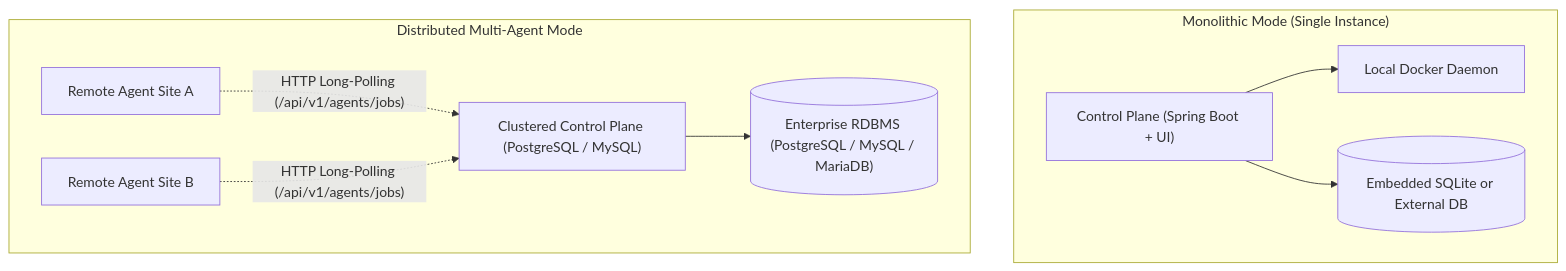
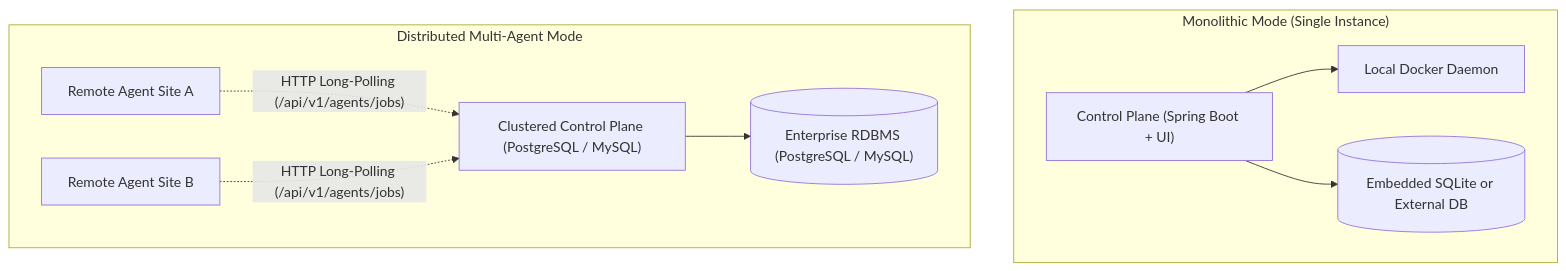
One commit to asmolabs/vectispire changed the diagram in docs/architecture/bflorat/en/04_infrastructure_view.md. Above: the diagram before and after it, drawn with Mermaid. The commit also changed other lines of this file and 59 other files, not shown here.

````diff
--- a/docs/architecture/bflorat/en/04_infrastructure_view.md
+++ b/docs/architecture/bflorat/en/04_infrastructure_view.md
@@ -13,21 +13,21 @@
 ```mermaid
 flowchart TB
     subgraph Mono["Monolithic Mode (Single Instance)"]
         Ctrl1["Control Plane (Spring Boot + UI)"]
         Docker1["Local Docker Daemon"]
         DB1[("Embedded SQLite or External DB")]
         Ctrl1 --> Docker1
         Ctrl1 --> DB1
     end
 
     subgraph Dist["Distributed Multi-Agent Mode"]
         Ctrl2["Clustered Control Plane (PostgreSQL / MySQL)"]
-        DB2[("Enterprise RDBMS (PostgreSQL / MySQL / MariaDB)")]
+        DB2[("Enterprise RDBMS (PostgreSQL / MySQL)")]
         AgentA["Remote Agent Site A"]
         AgentB["Remote Agent Site B"]
         
         Ctrl2 --> DB2
         AgentA -.->|"HTTP Long-Polling (/api/v1/agents/jobs)"| Ctrl2
         AgentB -.->|"HTTP Long-Polling (/api/v1/agents/jobs)"| Ctrl2
     end
 ```
````
